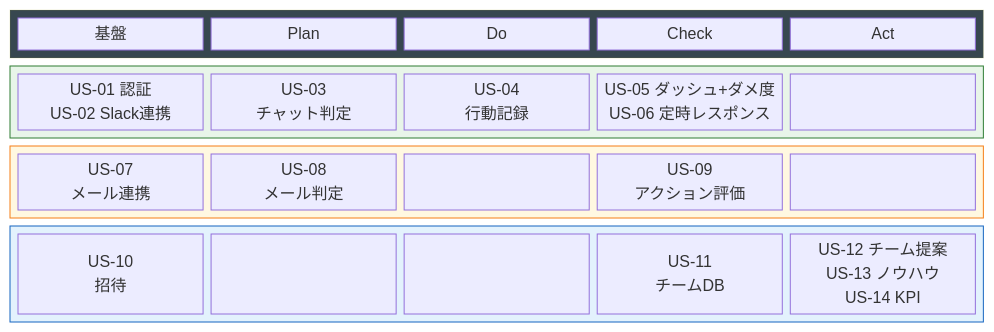
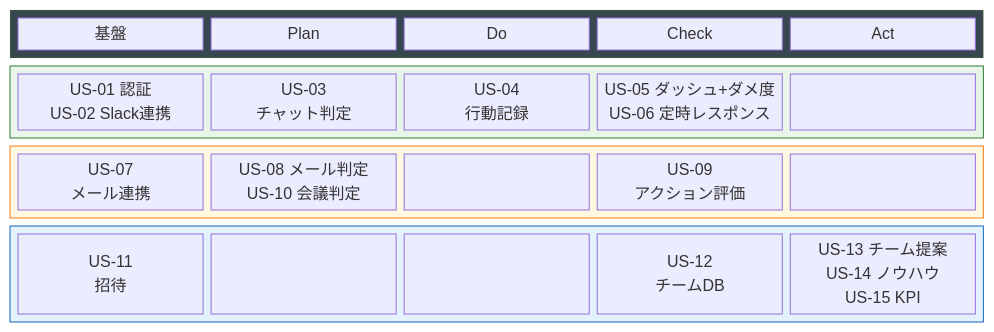
The diagram in aidlc-docs/inception/user-stories/stories.md (fumihirogotonds-art/majisabo), drawn with Mermaid before and after one commit. The commit also changed other lines of this file and 2 other files, not shown here.

Commit message:
fix: 最終校正 - ストーリー番号整合性、Mermaid図、mandala-chart偽勤勉→偽マジメ修正

````diff
--- a/aidlc-docs/inception/user-stories/stories.md
+++ b/aidlc-docs/inception/user-stories/stories.md
@@ -278,29 +278,29 @@
 ```mermaid
 block-beta
     columns 5
     
     block:header:5
         columns 5
         h1["基盤"] h2["Plan"] h3["Do"] h4["Check"] h5["Act"]
     end
 
     block:must:5
         columns 5
         m1["US-01 認証\nUS-02 Slack連携"] m2["US-03\nチャット判定"] m3["US-04\n行動記録"] m4["US-05 ダッシュ+ダメ度\nUS-06 定時レスポンス"] m5[" "]
     end
 
     block:should:5
         columns 5
-        s1["US-07\nメール連携"] s2["US-08\nメール判定"] s3[" "] s4["US-09\nアクション評価"] s5[" "]
+        s1["US-07\nメール連携"] s2["US-08 メール判定\nUS-10 会議判定"] s3[" "] s4["US-09\nアクション評価"] s5[" "]
     end
 
     block:final:5
         columns 5
-        f1["US-10\n招待"] f2[" "] f3[" "] f4["US-11\nチームDB"] f5["US-12 チーム提案\nUS-13 ノウハウ\nUS-14 KPI"]
+        f1["US-11\n招待"] f2[" "] f3[" "] f4["US-12\nチームDB"] f5["US-13 チーム提案\nUS-14 ノウハウ\nUS-15 KPI"]
     end
 
     style header fill:#37474F,color:#fff
     style must fill:#E8F5E9,stroke:#2E7D32
     style should fill:#FFF8E1,stroke:#F57F17
     style final fill:#E3F2FD,stroke:#1565C0
 ```
````
